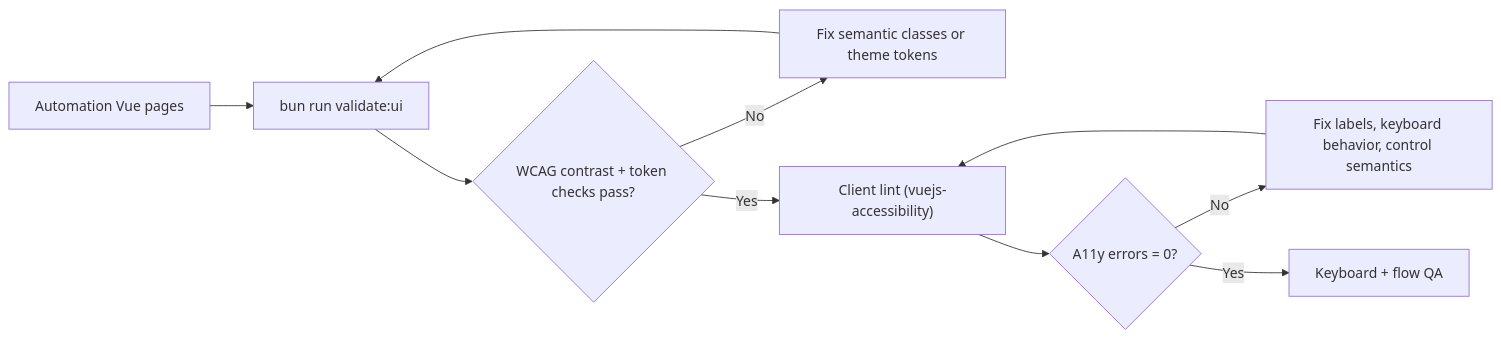
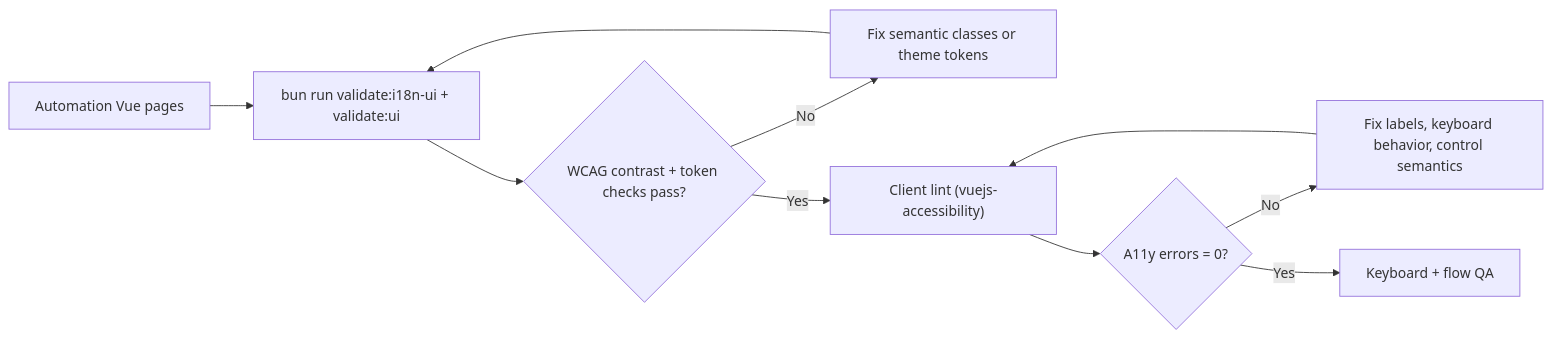
One commit to d4551/baobuildbuddy changed the second of 2 diagrams in docs/AUTOMATION.md. Above: the diagram before and after it, drawn with Mermaid. The commit also changed other lines of this file and 103 other files, not shown here.

````diff
--- a/docs/AUTOMATION.md
+++ b/docs/AUTOMATION.md
@@ -177,12 +178,12 @@
 ```mermaid
 flowchart LR
-  UI["Automation Vue pages"] --> ValidateUI["bun run validate:ui"]
+  UI["Automation Vue pages"] --> ValidateUI["bun run validate:i18n-ui + validate:ui"]
   ValidateUI --> ColorState{"WCAG contrast + token checks pass?"}
   ColorState -->|No| ColorFix["Fix semantic classes or theme tokens"]
   ColorFix --> ValidateUI
   ColorState -->|Yes| A11yLint["Client lint (vuejs-accessibility)"]
   A11yLint --> A11yState{"A11y errors = 0?"}
   A11yState -->|No| A11yFix["Fix labels, keyboard behavior, control semantics"]
   A11yFix --> A11yLint
   A11yState -->|Yes| QA["Keyboard + flow QA"]
 ```
````
